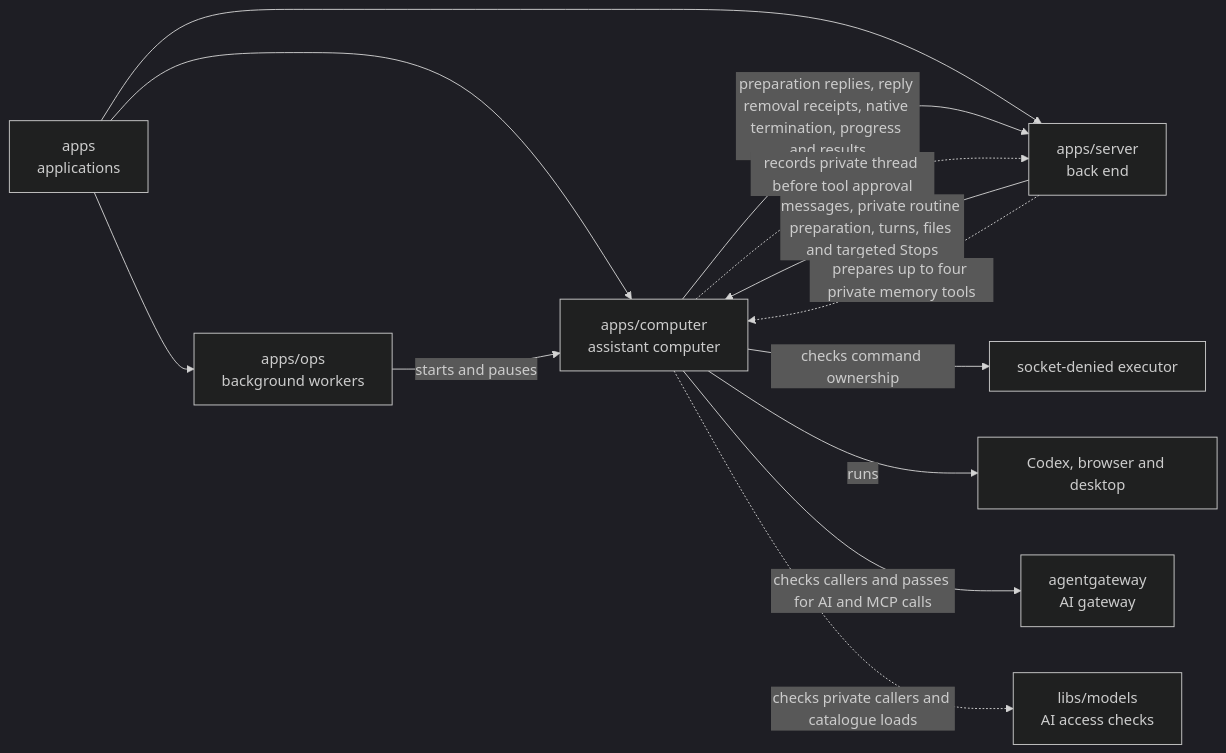
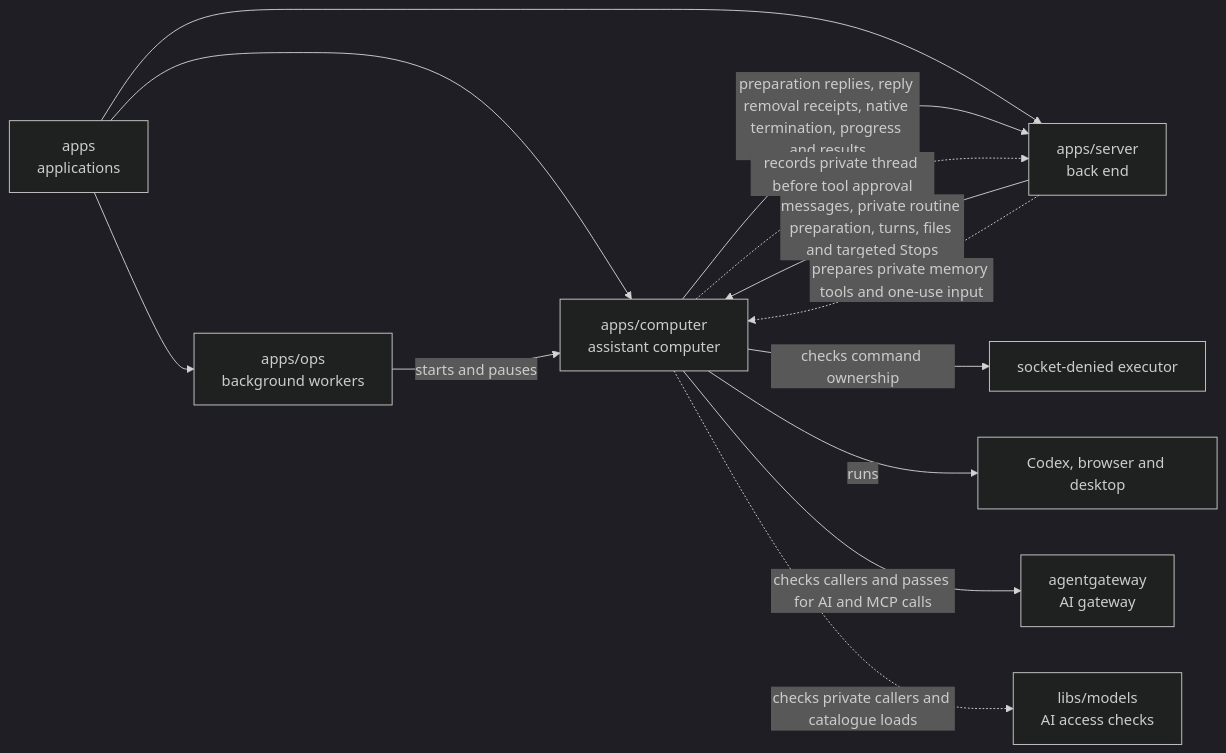
The diagram in apps/computer/README.md (elewa-git/opencrane-new), drawn with Mermaid (dark theme) before and after one commit. The commit also changed other lines of this file and 16 other files, not shown here.

````diff
--- a/apps/computer/README.md
+++ b/apps/computer/README.md
@@ -16,15 +16,15 @@
 ```mermaid
 flowchart LR
   apps["apps<br/>applications"] --> computer["apps/computer<br/>assistant computer"]
   apps --> ops["apps/ops<br/>background workers"]
   apps --> server["apps/server<br/>back end"]
   ops -->|starts and pauses| computer
   server -->|messages, private routine preparation, turns, files and targeted Stops| computer
   computer -->|preparation replies, reply removal receipts, native termination, progress and results| server
-  server -.->|prepares up to four private memory tools| computer
+  server -.->|prepares private memory tools and one-use input| computer
   computer -.->|records private thread before tool approval| server
   computer -->|checks command ownership| executor["socket-denied executor"]
   computer -->|runs| desktop["Codex, browser and desktop"]
   computer -->|checks callers and passes for AI and MCP calls| gateway["agentgateway<br/>AI gateway"]
   computer -.->|checks private callers and catalogue loads| models["libs/models<br/>AI access checks"]
 ```
````
